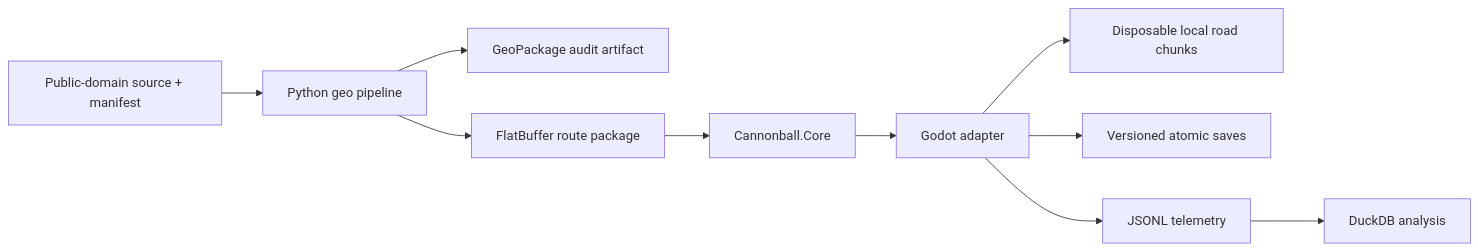
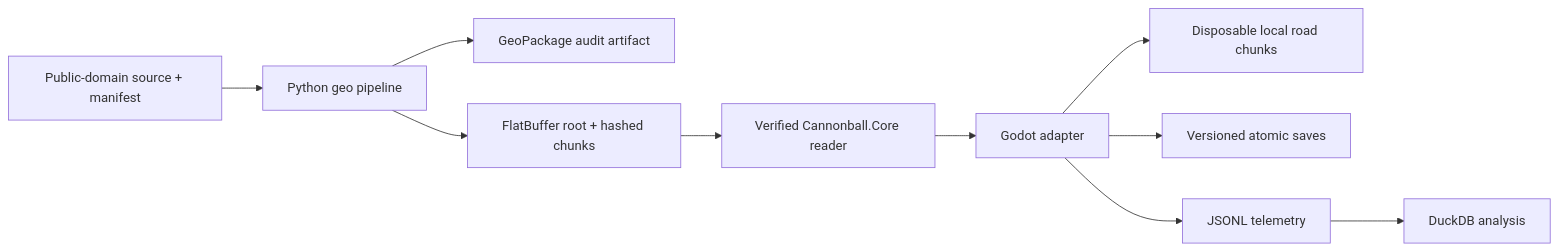
Before and after one commit to Randroids-Dojo/Cannonball-Vibe: the diagram in docs/TECH_STACK.md, drawn with Mermaid. The commit also changed other lines of this file and 32 other files, not shown here.

````diff
--- a/docs/TECH_STACK.md
+++ b/docs/TECH_STACK.md
@@ -26,12 +26,12 @@
 ```mermaid
 flowchart LR
   PD[Public-domain source + manifest] --> PY[Python geo pipeline]
   PY --> GP[GeoPackage audit artifact]
-  PY --> FB[FlatBuffer route package]
-  FB --> CORE[Cannonball.Core]
+  PY --> FB[FlatBuffer root + hashed chunks]
+  FB --> CORE[Verified Cannonball.Core reader]
   CORE --> GAME[Godot adapter]
   GAME --> STREAM[Disposable local road chunks]
   GAME --> SAVE[Versioned atomic saves]
   GAME --> TEL[JSONL telemetry]
   TEL --> DUCK[DuckDB analysis]
 ```
````
